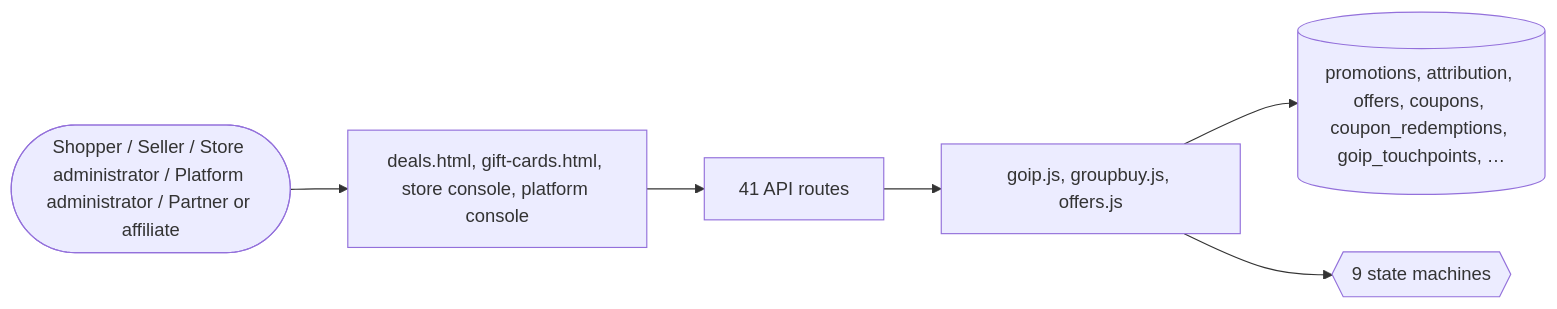
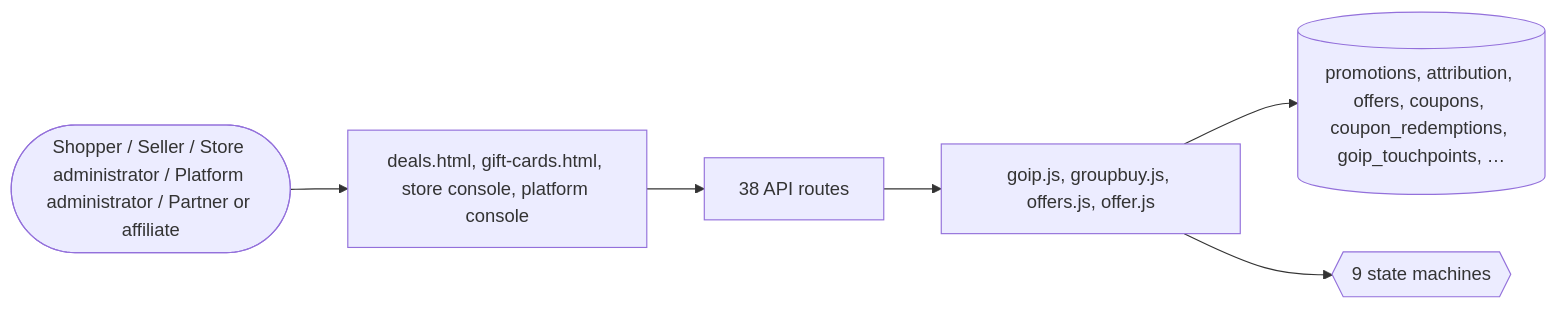
The tenth of 10 diagrams in docs/domains/offer.md (echelonxventures-Projects/universal-product), drawn with Mermaid before and after one commit. The commit also changed other lines of this file and 23 other files, not shown here.

First line of the commit message:
refactor(offer): the Offers domain in files of its own; two console screens fixed

````diff
--- a/docs/domains/offer.md
+++ b/docs/domains/offer.md
@@ -489,8 +487,8 @@
 ```mermaid
 flowchart LR
   U([Shopper / Seller / Store administrator / Platform administrator / Partner or affiliate]) --> UI[deals.html, gift-cards.html, store console, platform console]
-  UI --> API[41 API routes]
-  API --> ENG[goip.js, groupbuy.js, offers.js]
+  UI --> API[38 API routes]
+  API --> ENG[goip.js, groupbuy.js, offers.js, offer.js]
   ENG --> DB[(promotions, attribution, offers, coupons, coupon_redemptions, goip_touchpoints, …)]
   ENG --> SM{{9 state machines}}
 ```
````
